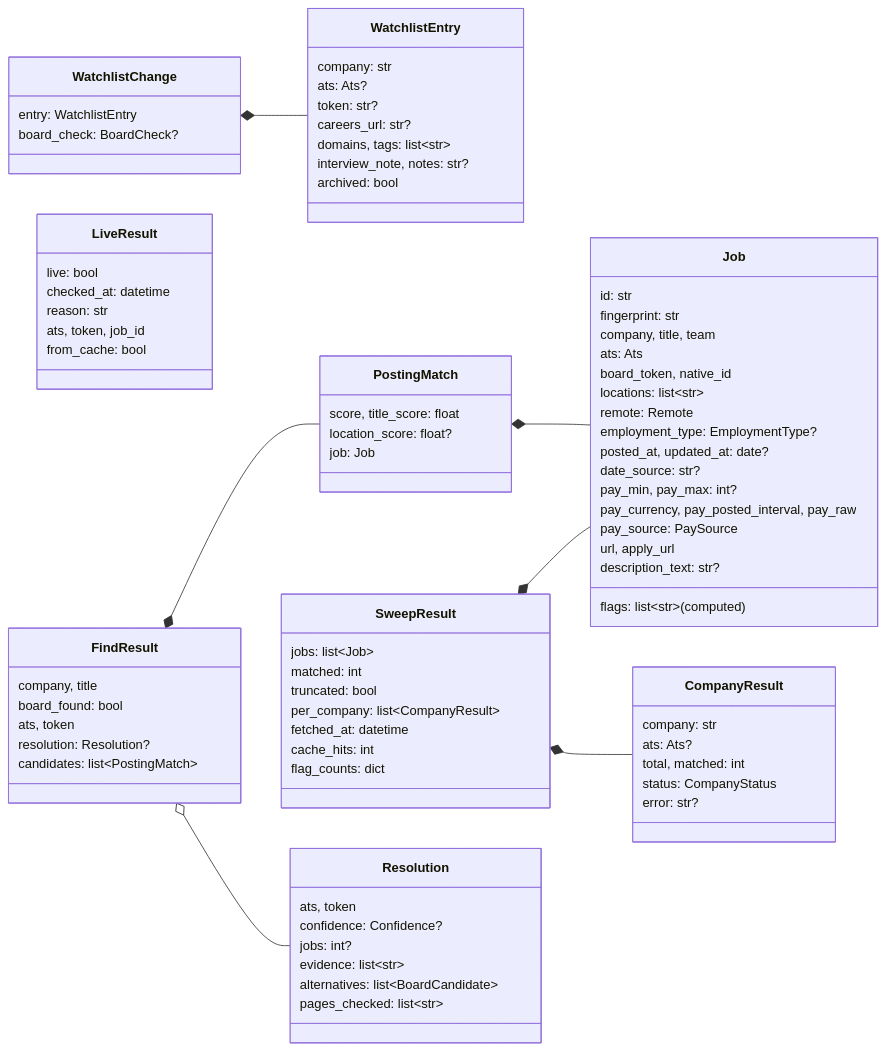
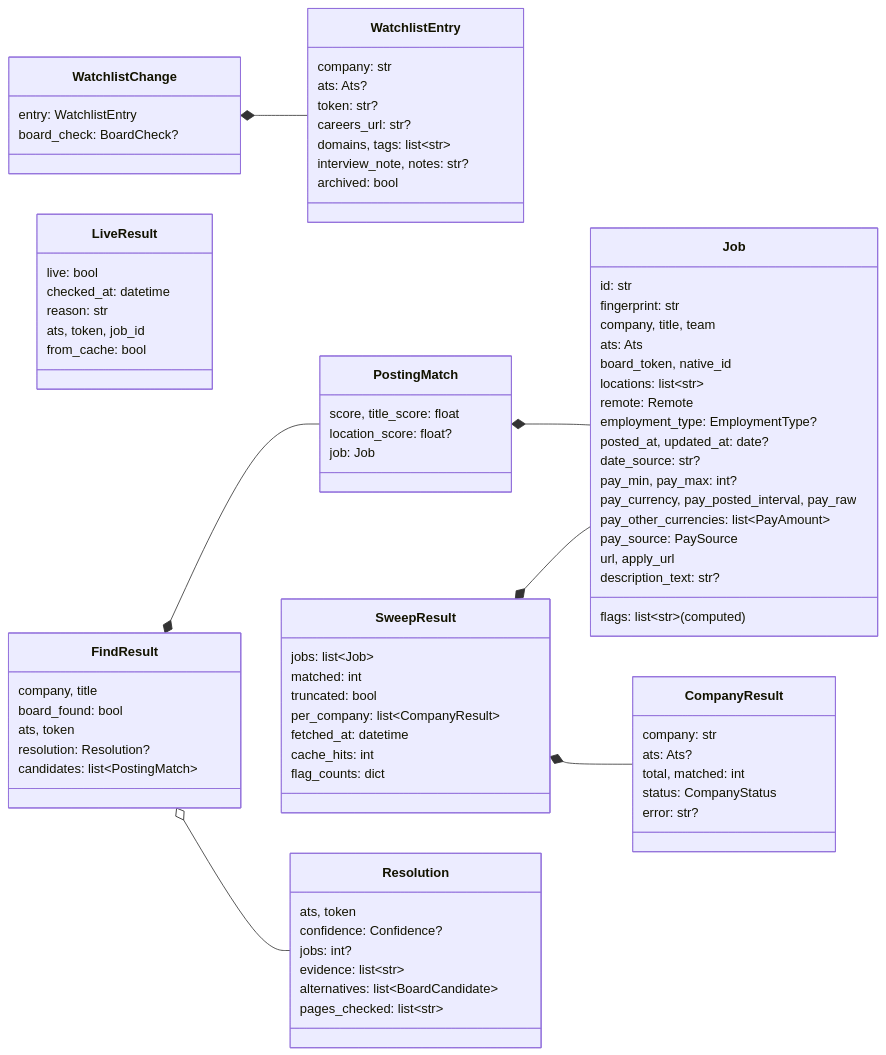
One commit to HakujouRyu/jobboard-mcp changed the sixth of 7 diagrams in docs/architecture.md. Above: the diagram before and after it, drawn with Mermaid. The commit also changed other lines of this file and 13 other files, not shown here.

```diff
--- a/docs/architecture.md
+++ b/docs/architecture.md
@@ -277,6 +277,7 @@
         date_source: str?
         pay_min, pay_max: int?
         pay_currency, pay_posted_interval, pay_raw
+        pay_other_currencies: list~PayAmount~
         pay_source: PaySource
         url, apply_url
         description_text: str?
```
